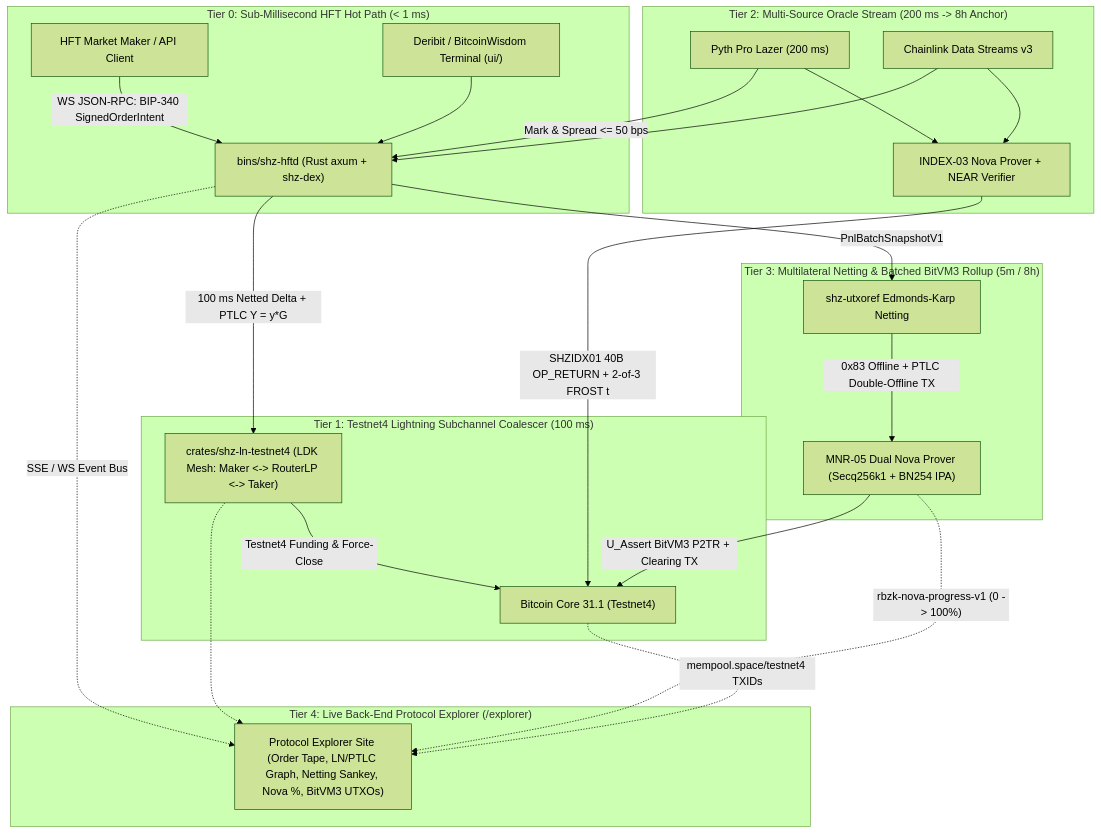
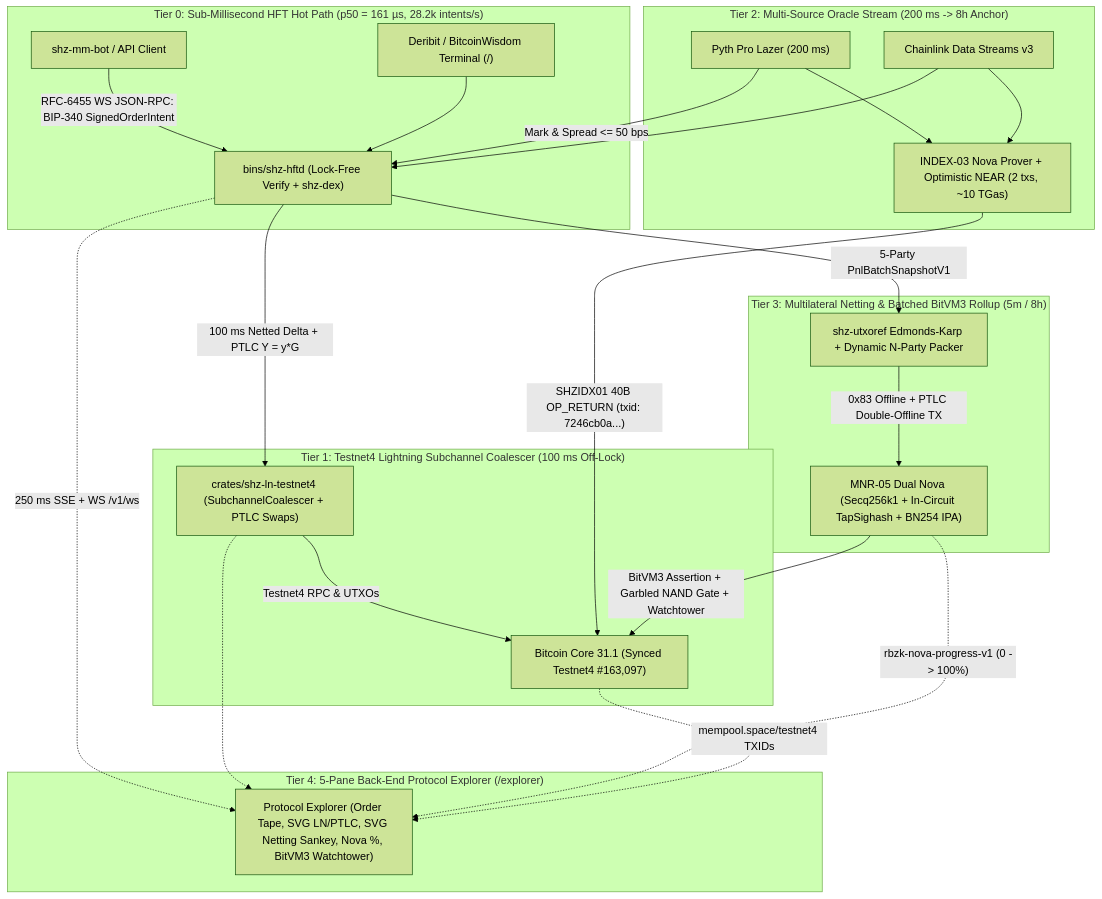
One commit to patrickdugan/SatsHedgeZero changed the diagram in docs/SHZ_PRODUCT_ROADMAP.md. Above: the diagram before and after it, drawn with Mermaid (forest theme). The commit also changed other lines of this file and 151 other files, not shown here.

Commit message:
feat(roadmap): complete SHZ HFT WS/REST daemon, Testnet4 LN coalescer, 5-pane Explorer, N-party packer, SPAN Greeks, optimistic NEAR, in-circuit TapSighash & garbled NAND gate

````diff
--- a/docs/SHZ_PRODUCT_ROADMAP.md
+++ b/docs/SHZ_PRODUCT_ROADMAP.md
@@ -26,33 +26,33 @@
 ```mermaid
 flowchart TD
-    subgraph T0["Tier 0: Sub-Millisecond HFT Hot Path (< 1 ms)"]
-        BOT["HFT Market Maker / API Client"] -->|"WS JSON-RPC: BIP-340 SignedOrderIntent"| HFTD["bins/shz-hftd (Rust axum + shz-dex)"]
-        UI_TERM["Deribit / BitcoinWisdom Terminal (ui/)"] --> HFTD
+    subgraph T0["Tier 0: Sub-Millisecond HFT Hot Path (p50 = 161 µs, 28.2k intents/s)"]
+        BOT["shz-mm-bot / API Client"] -->|"RFC-6455 WS JSON-RPC: BIP-340 SignedOrderIntent"| HFTD["bins/shz-hftd (Lock-Free Verify + shz-dex)"]
+        UI_TERM["Deribit / BitcoinWisdom Terminal (/)"] --> HFTD
     end
 
-    subgraph T1["Tier 1: Testnet4 Lightning Subchannel Coalescer (100 ms)"]
-        HFTD -->|"100 ms Netted Delta + PTLC Y = y*G"| LDK["crates/shz-ln-testnet4 (LDK Mesh: Maker <-> RouterLP <-> Taker)"]
-        LDK -->|"Testnet4 Funding & Force-Close"| T4_BTC["Bitcoin Core 31.1 (Testnet4)"]
+    subgraph T1["Tier 1: Testnet4 Lightning Subchannel Coalescer (100 ms Off-Lock)"]
+        HFTD -->|"100 ms Netted Delta + PTLC Y = y*G"| LDK["crates/shz-ln-testnet4 (SubchannelCoalescer + PTLC Swaps)"]
+        LDK -->|"Testnet4 RPC & UTXOs"| T4_BTC["Bitcoin Core 31.1 (Synced Testnet4 #163,097)"]
     end
 
     subgraph T2["Tier 2: Multi-Source Oracle Stream (200 ms -> 8h Anchor)"]
         PYTH["Pyth Pro Lazer (200 ms)"] -->|"Mark & Spread <= 50 bps"| HFTD
         CL["Chainlink Data Streams v3"] --> HFTD
-        PYTH --> IDX["INDEX-03 Nova Prover + NEAR Verifier"]
+        PYTH --> IDX["INDEX-03 Nova Prover + Optimistic NEAR (2 txs, ~10 TGas)"]
         CL --> IDX
-        IDX -->|"SHZIDX01 40B OP_RETURN + 2-of-3 FROST t"| T4_BTC
+        IDX -->|"SHZIDX01 40B OP_RETURN (txid: 7246cb0a...)"| T4_BTC
     end
 
     subgraph T3["Tier 3: Multilateral Netting & Batched BitVM3 Rollup (5m / 8h)"]
-        HFTD -->|"PnlBatchSnapshotV1"| EK["shz-utxoref Edmonds-Karp Netting"]
-        EK -->|"0x83 Offline + PTLC Double-Offline TX"| MNR05["MNR-05 Dual Nova Prover (Secq256k1 + BN254 IPA)"]
-        MNR05 -->|"U_Assert BitVM3 P2TR + Clearing TX"| T4_BTC
+        HFTD -->|"5-Party PnlBatchSnapshotV1"| EK["shz-utxoref Edmonds-Karp + Dynamic N-Party Packer"]
+        EK -->|"0x83 Offline + PTLC Double-Offline TX"| MNR05["MNR-05 Dual Nova (Secq256k1 + In-Circuit TapSighash + BN254 IPA)"]
+        MNR05 -->|"BitVM3 Assertion + Garbled NAND Gate + Watchtower"| T4_BTC
     end
 
-    subgraph T4["Tier 4: Live Back-End Protocol Explorer (/explorer)"]
-        HFTD -.->|"SSE / WS Event Bus"| EXP["Protocol Explorer Site (Order Tape, LN/PTLC Graph, Netting Sankey, Nova %, BitVM3 UTXOs)"]
+    subgraph T4["Tier 4: 5-Pane Back-End Protocol Explorer (/explorer)"]
+        HFTD -.->|"250 ms SSE + WS /v1/ws"| EXP["Protocol Explorer (Order Tape, SVG LN/PTLC, SVG Netting Sankey, Nova %, BitVM3 Watchtower)"]
         LDK -.-> EXP
         MNR05 -.->|"rbzk-nova-progress-v1 (0 -> 100%)"| EXP
         T4_BTC -.->|"mempool.space/testnet4 TXIDs"| EXP
     end
 ```
````
